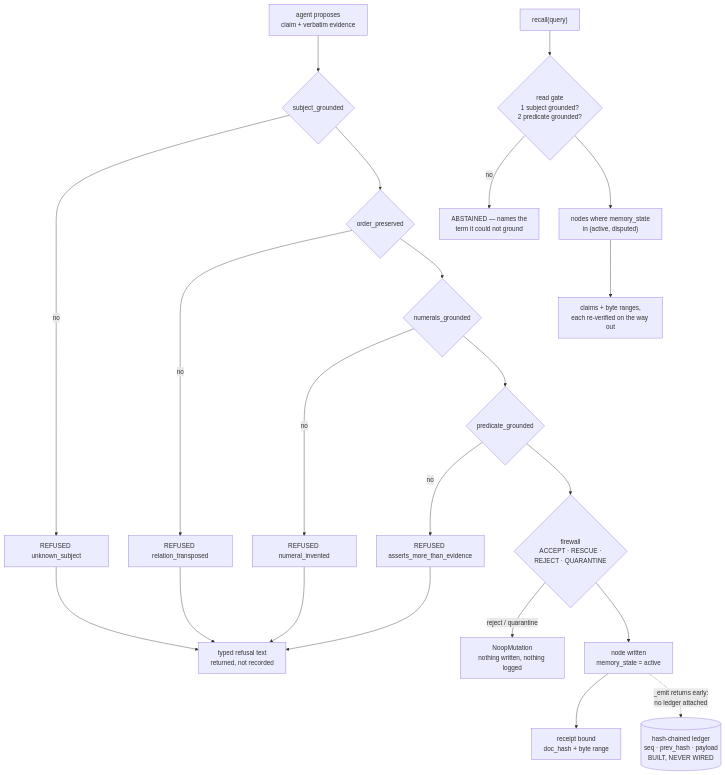
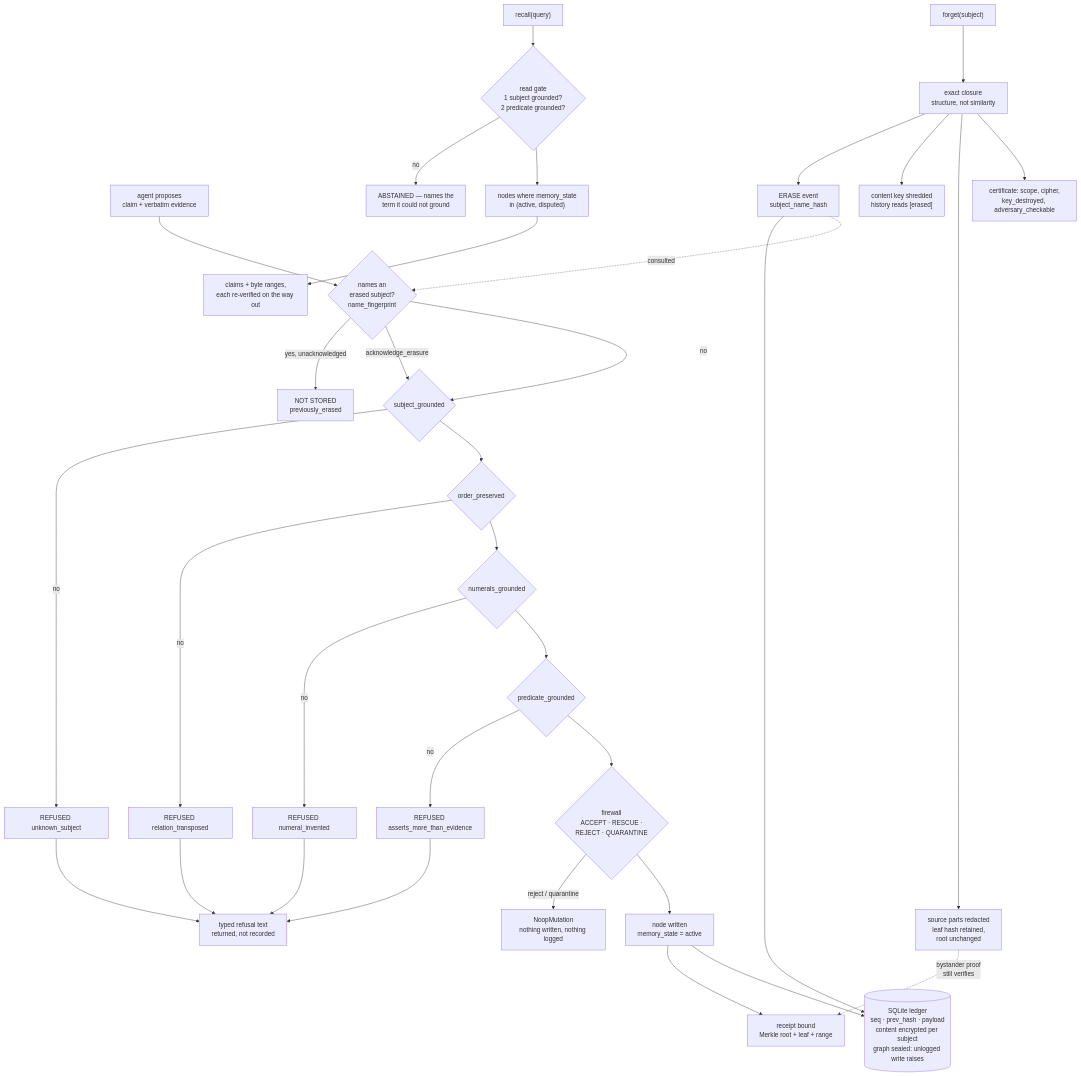
One commit to neoneye/agent-memory-atlas changed the diagram in content/systems/fireweed-mcp.md. Above: the diagram before and after it, drawn with Mermaid. The commit also changed other lines of this file and 15 other files, not shown here.

````diff
--- a/content/systems/fireweed-mcp.md
+++ b/content/systems/fireweed-mcp.md
@@ -86,24 +94,36 @@
 ```mermaid
 flowchart TD
-%% caption: the same adjudication runs twice — four pure functions decide what enters the record, and a two-check gate decides whether a question has grounding — while the ledger that would record either decision is built and never attached
-    A["agent proposes<br/>claim + verbatim evidence"] --> G1{"subject_grounded"}
+%% caption: one erasure writes three things — a hash-only tombstone the write gate consults, a destroyed content key that turns ledger history into [erased], and a Merkle redaction that removes one subject's text without breaking anyone else's receipt
+    A["agent proposes<br/>claim + verbatim evidence"] --> TS{"names an<br/>erased subject?<br/>name_fingerprint"}
+    TS -->|"yes, unacknowledged"| RT["NOT STORED<br/>previously_erased"]
+    TS -->|"acknowledge_erasure"| G1
+    TS -->|"no"| G1{"subject_grounded"}
     G1 -->|"no"| R1["REFUSED unknown_subject"]
     G1 --> G2{"order_preserved"}
     G2 -->|"no"| R2["REFUSED relation_transposed"]
     G2 --> G3{"numerals_grounded"}
     G3 -->|"no"| R3["REFUSED numeral_invented"]
     G3 --> G4{"predicate_grounded"}
     G4 -->|"no"| R4["REFUSED asserts_more_than_evidence"]
     G4 --> FW{"firewall<br/>ACCEPT · RESCUE ·<br/>REJECT · QUARANTINE"}
     FW -->|"reject / quarantine"| NOOP["NoopMutation<br/>nothing written, nothing logged"]
     FW --> NODE["node written<br/>memory_state = active"]
-    NODE --> REC["receipt bound<br/>doc_hash + byte range"]
-    NODE -.->|"_emit returns early:<br/>no ledger attached"| LED[("hash-chained ledger<br/>seq · prev_hash · payload<br/>BUILT, NEVER WIRED")]
+    NODE --> REC["receipt bound<br/>Merkle root + leaf + range"]
+    NODE --> LED[("SQLite ledger<br/>seq · prev_hash · payload<br/>content encrypted per subject<br/>graph sealed: unlogged write raises")]
+
+    F["forget(subject)"] --> CL["exact closure<br/>structure, not similarity"]
+    CL --> EV["ERASE event<br/>subject_name_hash"]
+    EV --> LED
+    CL --> KS["content key shredded<br/>history reads [erased]"]
+    CL --> RD["source parts redacted<br/>leaf hash retained,<br/>root unchanged"]
+    RD -.->|"bystander proof<br/>still verifies"| REC
+    EV -.->|"consulted"| TS
+    CL --> CERT["certificate: scope, cipher,<br/>key_destroyed, adversary_checkable"]
 
     Q["recall(query)"] --> RG{"read gate<br/>1 subject grounded?<br/>2 predicate grounded?"}
     RG -->|"no"| AB["ABSTAINED — names the<br/>term it could not ground"]
     RG --> SEL["nodes where memory_state<br/>in (active, disputed)"]
     SEL --> OUT["claims + byte ranges,<br/>each re-verified on the way out"]
 
     R1 & R2 & R3 & R4 --> TXT["typed refusal text<br/>returned, not recorded"]
 ```
````
